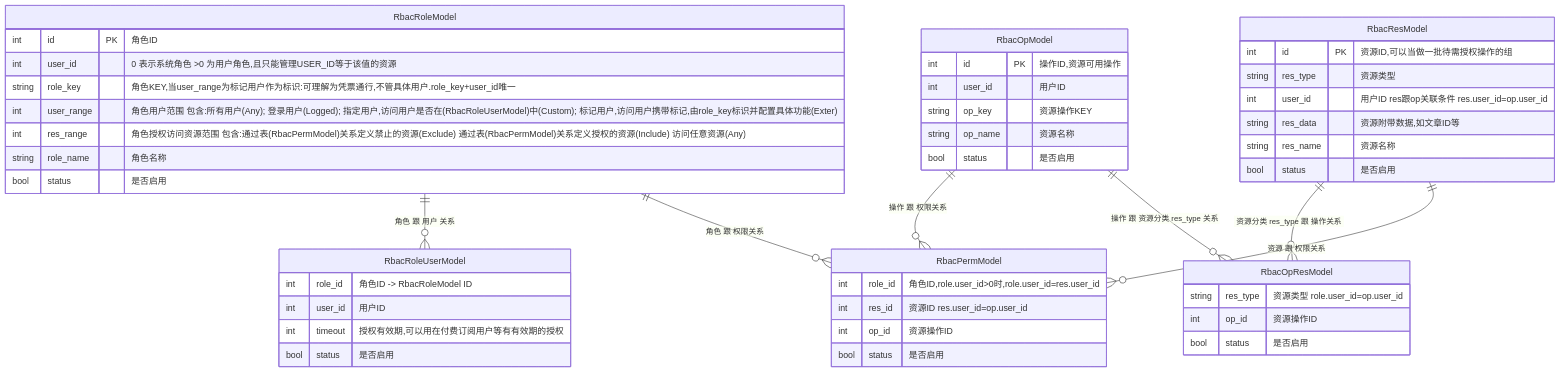
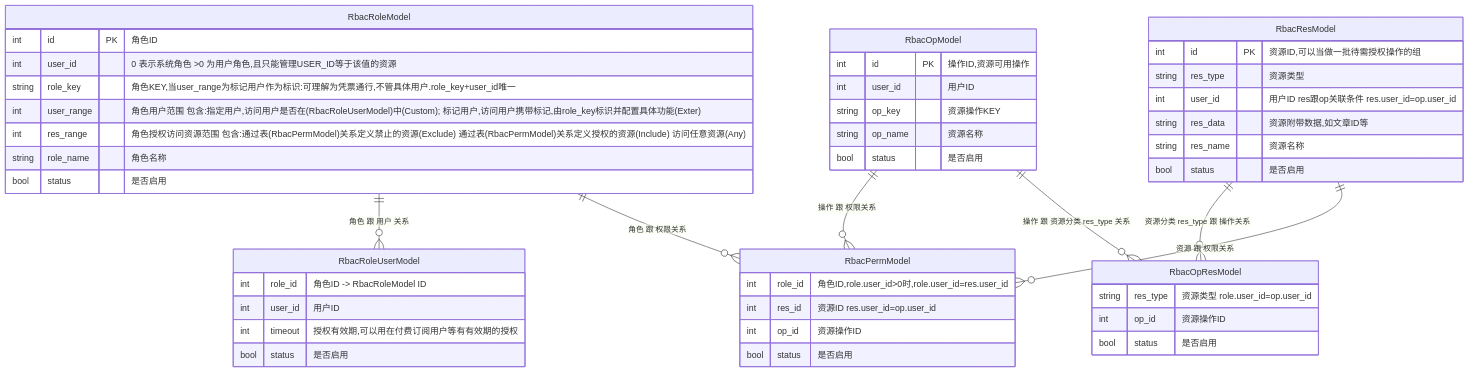
One commit to shanliu/lsys changed the first of 2 diagrams in server/lsys-rbac/README.md. Above: the diagram before and after it, drawn with Mermaid. The commit also changed other lines of this file and 308 other files, not shown here.

````diff
--- a/server/lsys-rbac/README.md
+++ b/server/lsys-rbac/README.md
@@ -46,50 +45,50 @@
 ```mermaid
 erDiagram
     RbacRoleModel{
         int id PK "角色ID"
         int user_id "0 表示系统角色 >0 为用户角色,且只能管理USER_ID等于该值的资源"
         string role_key "角色KEY,当user_range为标记用户作为标识:可理解为凭票通行,不管具体用户.role_key+user_id唯一"
-        int user_range "角色用户范围 包含:所有用户(Any); 登录用户(Logged); 指定用户,访问用户是否在(RbacRoleUserModel)中(Custom); 标记用户,访问用户携带标记,由role_key标识并配置具体功能(Exter)"
+        int user_range "角色用户范围 包含:指定用户,访问用户是否在(RbacRoleUserModel)中(Custom); 标记用户,访问用户携带标记,由role_key标识并配置具体功能(Exter)"
         int res_range "角色授权访问资源范围 包含:通过表(RbacPermModel)关系定义禁止的资源(Exclude) 通过表(RbacPermModel)关系定义授权的资源(Include) 访问任意资源(Any)"
         string role_name "角色名称"
         bool status "是否启用"
     }
     RbacResModel{
         int id PK "资源ID,可以当做一批待需授权操作的组"
         string res_type "资源类型"
         int user_id "用户ID res跟op关联条件 res.user_id=op.user_id"
         string res_data "资源附带数据,如文章ID等"
         string res_name "资源名称"
         bool status "是否启用"
     }
     RbacOpModel{
         int id PK "操作ID,资源可用操作"
         int user_id "用户ID"
         string op_key "资源操作KEY"
         string op_name "资源名称"
         bool status "是否启用"
     }
     RbacOpResModel{
         string res_type "资源类型 role.user_id=op.user_id"
         int op_id "资源操作ID"
         bool status "是否启用"
     }
     RbacPermModel{
         int role_id "角色ID,role.user_id>0时,role.user_id=res.user_id"
         int res_id "资源ID res.user_id=op.user_id"
         int op_id "资源操作ID"
         bool status "是否启用"
     }
     RbacRoleUserModel{
         int role_id "角色ID -> RbacRoleModel ID"
         int user_id "用户ID"
         int timeout "授权有效期,可以用在付费订阅用户等有有效期的授权"
         bool status "是否启用"
     }
     RbacOpModel ||--o{ RbacOpResModel :"操作 跟 资源分类 res_type 关系"
     RbacRoleModel ||--o{ RbacPermModel : "角色 跟 权限关系"
     RbacResModel ||--o{ RbacPermModel : "资源 跟 权限关系"
     RbacOpModel ||--o{ RbacPermModel : "操作 跟 权限关系"
     RbacRoleModel ||--o{ RbacRoleUserModel : "角色 跟 用户 关系"
     RbacResModel ||--o{ RbacOpResModel :"资源分类 res_type 跟 操作关系"
 ```
````
